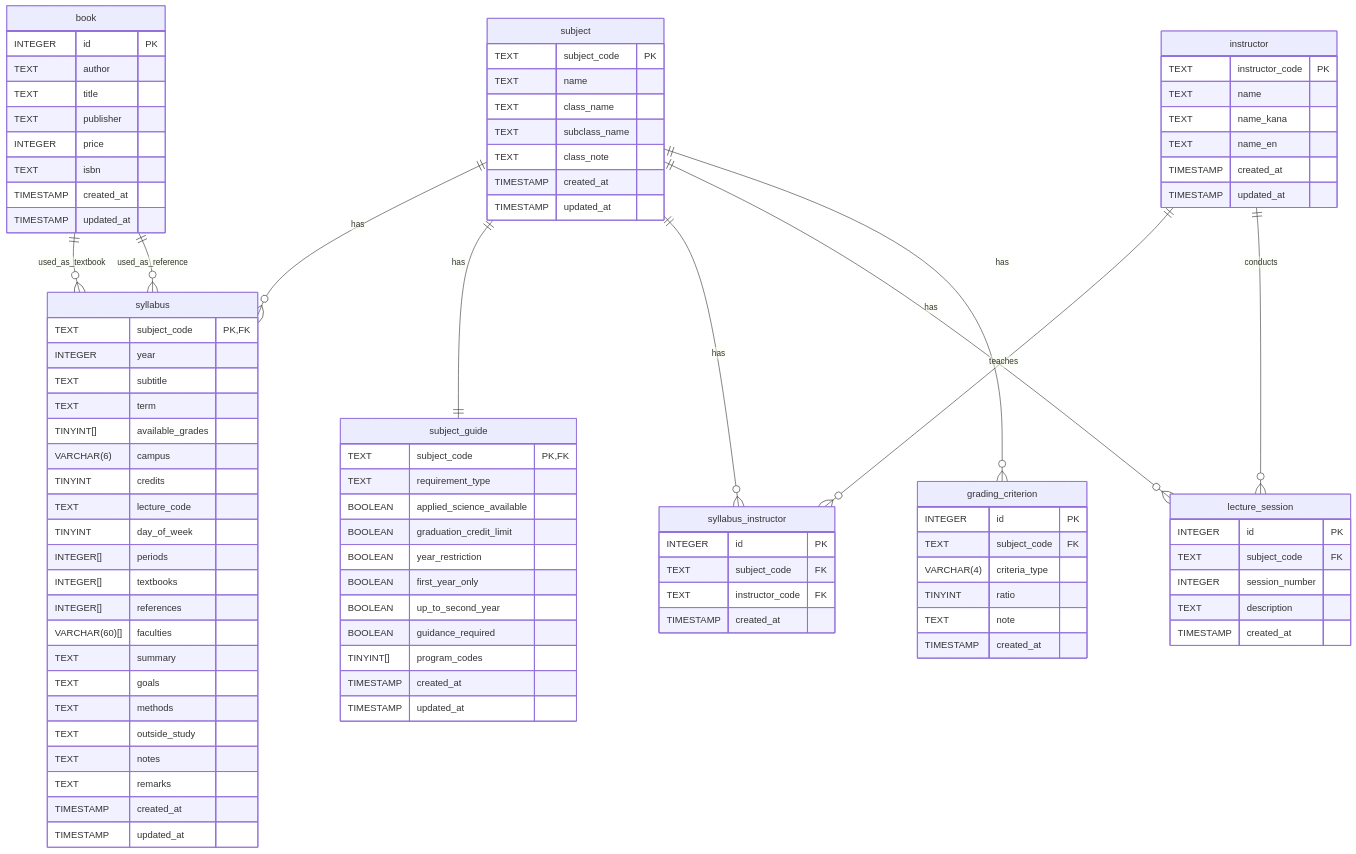
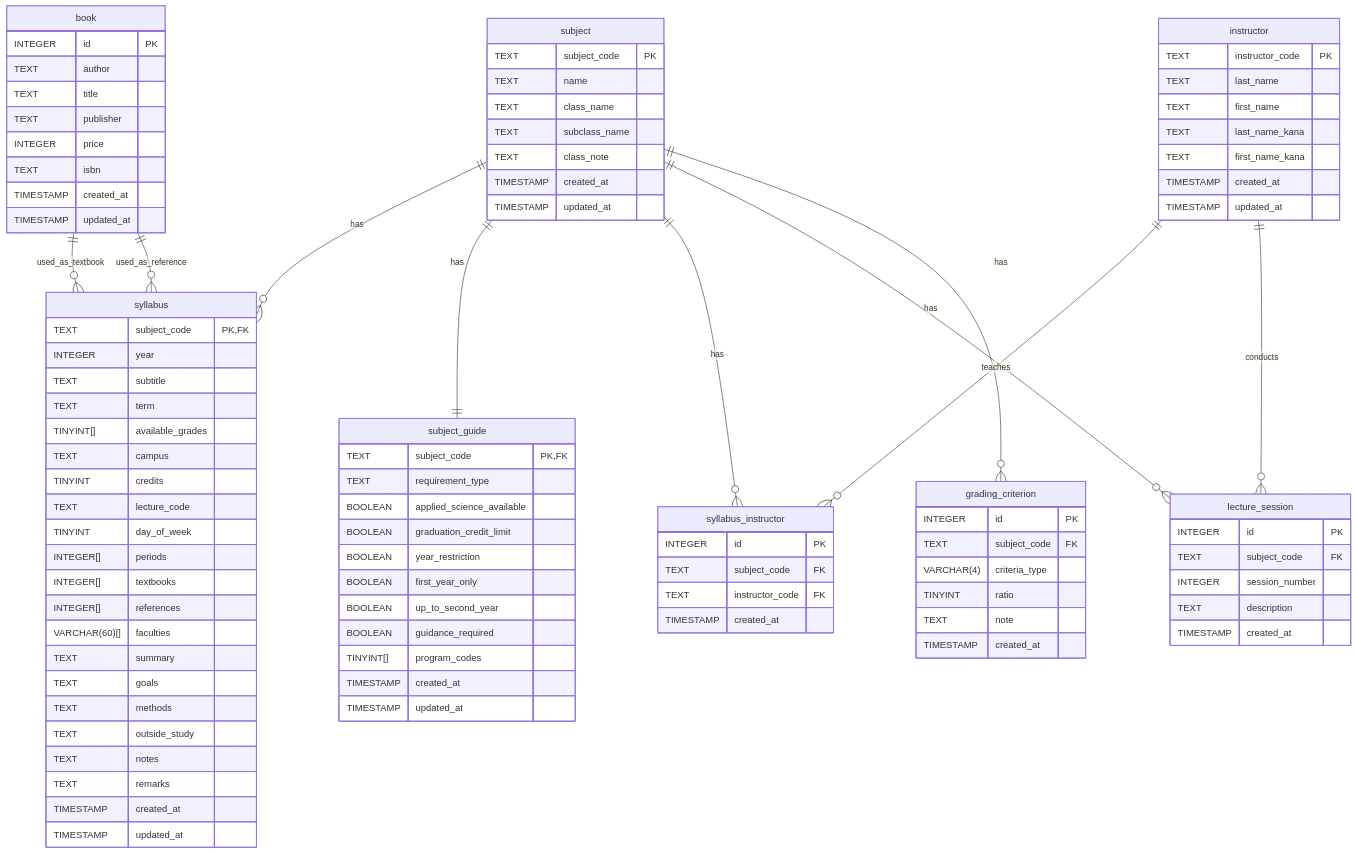
One commit to RyukokuDX/syllabus_backend changed the diagram in docs/database/er.md. Above: the diagram before and after it, drawn with Mermaid. The commit also changed 4 other files, not shown here.

Commit message:
PostgreSQLのスキーマを更新し、instructorテーブルのカラム名を変更しました。また、campusカラムのデータ型をVARCHARからTEXTに変更し、syllabus_instructorテーブルのinstructor_codeを配列型に変更しました。関連するER図とデータベース構造ドキュメントも更新しました。

```diff
--- a/docs/database/er.md
+++ b/docs/database/er.md
@@ -60,7 +60,7 @@
         TEXT subtitle
         TEXT term
         TINYINT[] available_grades
-        VARCHAR(6) campus
+        TEXT campus
         TINYINT credits
         TEXT lecture_code
         TINYINT day_of_week
@@ -80,9 +80,10 @@
 
     instructor {
         TEXT instructor_code PK
-        TEXT name
-        TEXT name_kana
-        TEXT name_en
+        TEXT last_name
+        TEXT first_name
+        TEXT last_name_kana
+        TEXT first_name_kana
         TIMESTAMP created_at
         TIMESTAMP updated_at
     }
```
